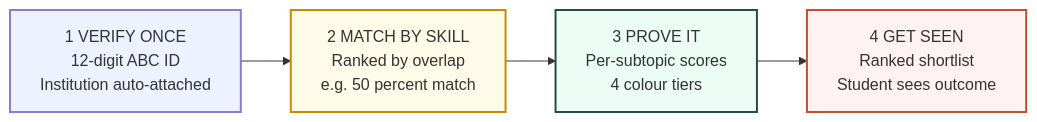
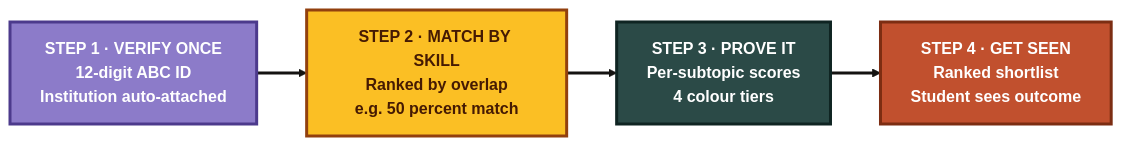
The third of 7 diagrams in README.md (ayushjha-dev/RISE), drawn with Mermaid before and after one commit. The commit also changed other lines of this file, not shown here.

Commit message:
Make README diagrams high-contrast and attractive

````diff
--- a/README.md
+++ b/README.md
@@ -186,10 +198,15 @@
 ```mermaid
+%%{init: {'theme': 'base', 'themeVariables': {'fontSize': '16px', 'fontFamily': 'Inter, system-ui, sans-serif', 'lineColor': '#141311'}}}%%
 flowchart LR
-    A["1 VERIFY ONCE<br/>12-digit ABC ID<br/>Institution auto-attached"] --> B["2 MATCH BY SKILL<br/>Ranked by overlap<br/>e.g. 50 percent match"]
-    B --> C["3 PROVE IT<br/>Per-subtopic scores<br/>4 colour tiers"]
-    C --> D["4 GET SEEN<br/>Ranked shortlist<br/>Student sees outcome"]
-    style A fill:#eef2ff,stroke:#8c7bc9,stroke-width:2px
-    style B fill:#fefce8,stroke:#ca8a04,stroke-width:2px
-    style C fill:#ecfdf5,stroke:#2b4a47,stroke-width:2px
-    style D fill:#fef2f2,stroke:#c1502e,stroke-width:2px
+    A["<b>STEP 1 · VERIFY ONCE</b><br/>12-digit ABC ID<br/>Institution auto-attached"]
+    B["<b>STEP 2 · MATCH BY SKILL</b><br/>Ranked by overlap<br/>e.g. 50 percent match"]
+    C["<b>STEP 3 · PROVE IT</b><br/>Per-subtopic scores<br/>4 colour tiers"]
+    D["<b>STEP 4 · GET SEEN</b><br/>Ranked shortlist<br/>Student sees outcome"]
+    A --> B --> C --> D
+    classDef verify fill:#8c7bc9,stroke:#4c3a8c,stroke-width:3px,color:#fff,font-weight:bold;
+    classDef match fill:#fbbf24,stroke:#92400e,stroke-width:3px,color:#451a03,font-weight:bold;
+    classDef prove fill:#2b4a47,stroke:#0f2422,stroke-width:3px,color:#fff,font-weight:bold;
+    classDef seen fill:#c1502e,stroke:#7c2d12,stroke-width:3px,color:#fff,font-weight:bold;
+    class A verify; class B match; class C prove; class D seen;
+    linkStyle 0,1,2 stroke:#141311,stroke-width:3px;
 ```
````
